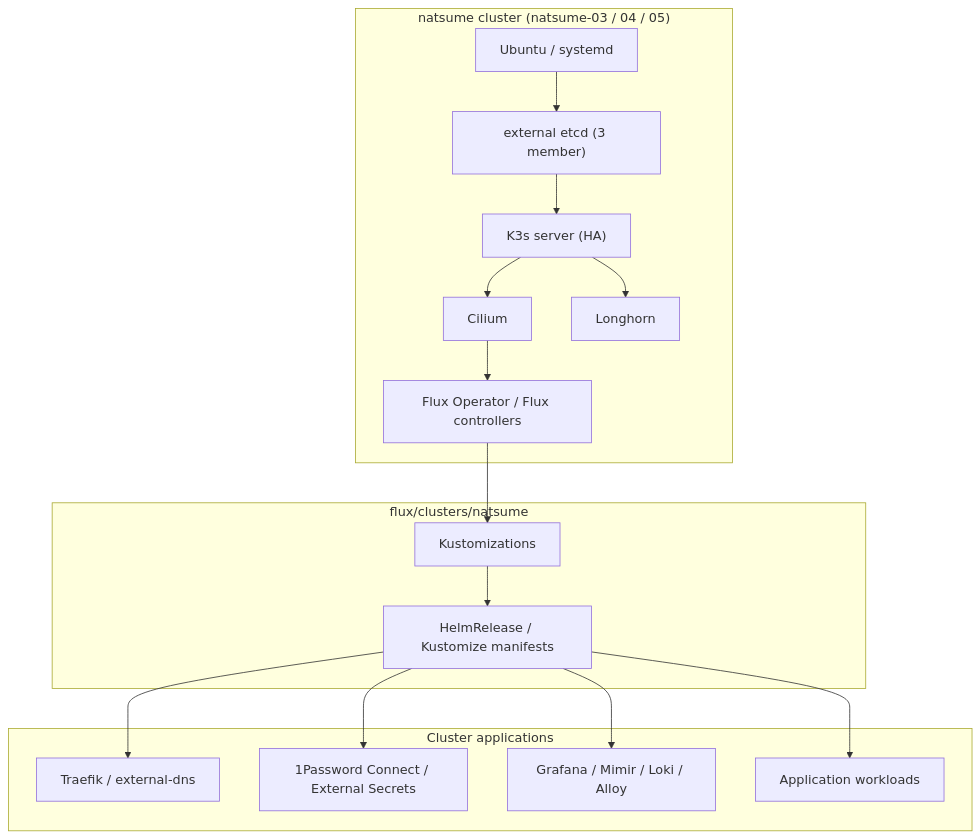
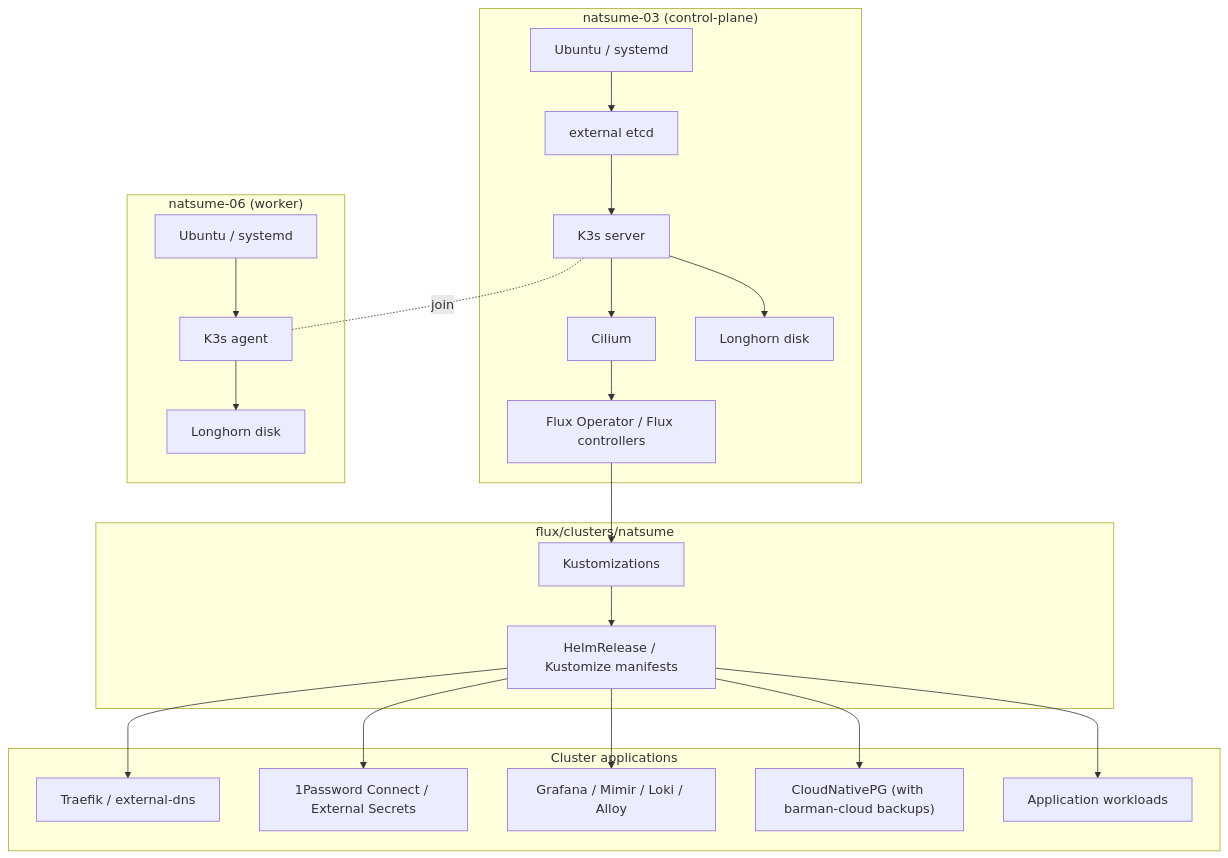
Before and after one commit to Soli0222/pke: the first of 2 diagrams in README.md, drawn with Mermaid. The commit also changed other lines of this file, not shown here.

````diff
--- a/README.md
+++ b/README.md
@@ -9,35 +9,46 @@
 ```mermaid
 flowchart TB
-    subgraph Cluster["natsume cluster (natsume-03 / 04 / 05)"]
-        OS["Ubuntu / systemd"]
-        ETCD["external etcd (3 member)"]
-        K3S["K3s server (HA)"]
+    subgraph CP["natsume-03 (control-plane)"]
+        OS_CP["Ubuntu / systemd"]
+        ETCD["external etcd"]
+        K3S_SERVER["K3s server"]
         CILIUM["Cilium"]
-        LONGHORN["Longhorn"]
+        LONGHORN_CP["Longhorn disk"]
         FLUX["Flux Operator / Flux controllers"]
+    end
+
+    subgraph WORKER["natsume-06 (worker)"]
+        OS_W["Ubuntu / systemd"]
+        K3S_AGENT["K3s agent"]
+        LONGHORN_W["Longhorn disk"]
     end
 
     subgraph GitOps["flux/clusters/natsume"]
         BASE["Kustomizations"]
         APPS["HelmRelease / Kustomize manifests"]
     end
 
     subgraph Apps["Cluster applications"]
         TRAEFIK["Traefik / external-dns"]
         SECRETS["1Password Connect / External Secrets"]
         OBS["Grafana / Mimir / Loki / Alloy"]
+        DB["CloudNativePG (with barman-cloud backups)"]
         SVC["Application workloads"]
     end
 
-    OS --> ETCD
-    ETCD --> K3S
-    K3S --> CILIUM
+    OS_CP --> ETCD
+    ETCD --> K3S_SERVER
+    K3S_SERVER --> CILIUM
+    K3S_SERVER --> LONGHORN_CP
+    OS_W --> K3S_AGENT
+    K3S_AGENT --> LONGHORN_W
+    K3S_SERVER -. join .- K3S_AGENT
     CILIUM --> FLUX
-    K3S --> LONGHORN
     FLUX --> BASE
     BASE --> APPS
     APPS --> TRAEFIK
     APPS --> SECRETS
     APPS --> OBS
+    APPS --> DB
     APPS --> SVC
 ```
````
